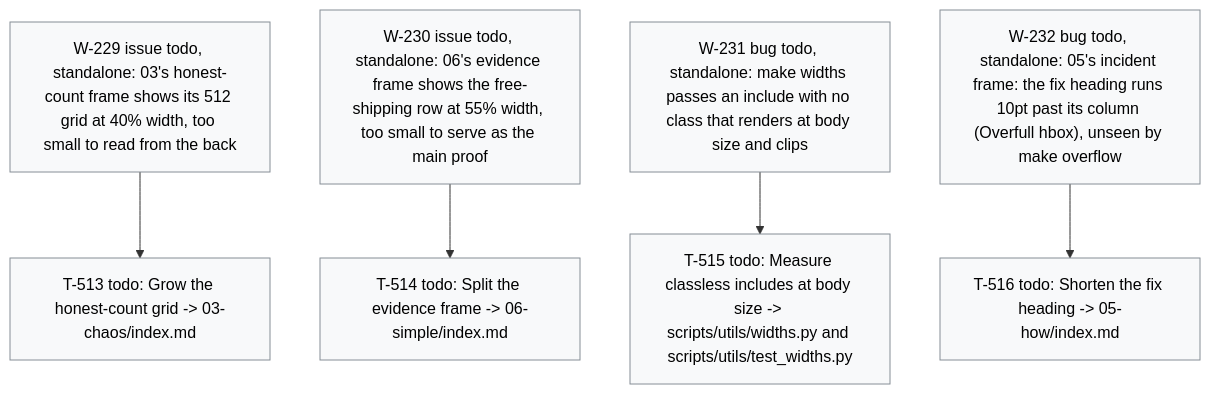
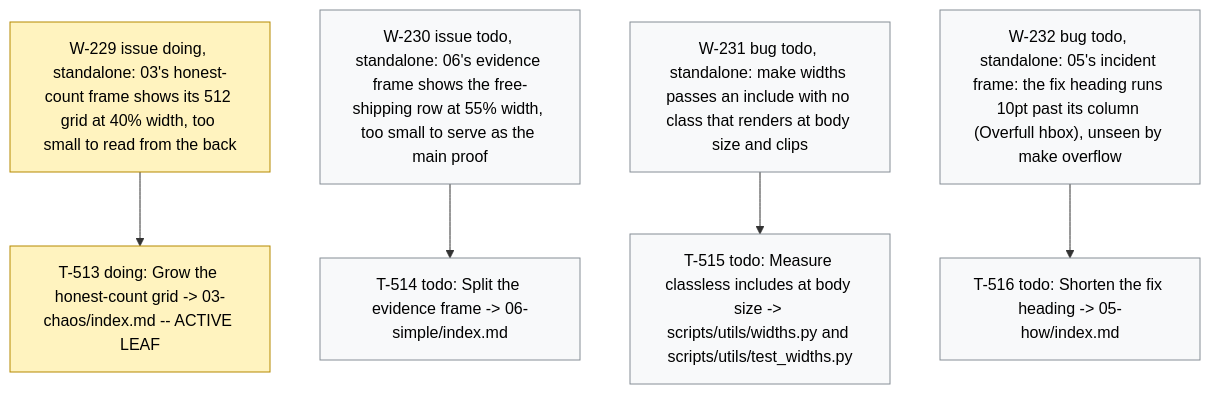
The diagram in .board/BOARD.md (dpopchev/chaos-to-simple), drawn with Mermaid before and after one commit. The commit also changed other lines of this file and 2 other files, not shown here.

Commit message:
chore(board): activate W-229, start T-513
Refs: W-229 T-513

````diff
--- a/.board/BOARD.md
+++ b/.board/BOARD.md
@@ -1363,17 +1363,18 @@
 ```mermaid
 flowchart TD
-  W229["W-229 issue todo, standalone: 03's honest-count frame shows its 512 grid at 40% width, too small to read from the back"]
-  W229 --> T513["T-513 todo: Grow the honest-count grid -> 03-chaos/index.md"]
+  W229["W-229 issue doing, standalone: 03's honest-count frame shows its 512 grid at 40% width, too small to read from the back"]
+  W229 --> T513["T-513 doing: Grow the honest-count grid -> 03-chaos/index.md -- ACTIVE LEAF"]
   W230["W-230 issue todo, standalone: 06's evidence frame shows the free-shipping row at 55% width, too small to serve as the main proof"]
   W230 --> T514["T-514 todo: Split the evidence frame -> 06-simple/index.md"]
   W231["W-231 bug todo, standalone: make widths passes an include with no class that renders at body size and clips"]
   W231 --> T515["T-515 todo: Measure classless includes at body size -> scripts/utils/widths.py and scripts/utils/test_widths.py"]
   W232["W-232 bug todo, standalone: 05's incident frame: the fix heading runs 10pt past its column (Overfull hbox), unseen by make overflow"]
   W232 --> T516["T-516 todo: Shorten the fix heading -> 05-how/index.md"]
   classDef doing fill:#fff3bf,stroke:#b58900,color:#000;
   classDef blocked fill:#ffe3e3,stroke:#c92a2a,color:#000;
   classDef done fill:#e6ffed,stroke:#2b8a3e,color:#000;
   classDef todo fill:#f8f9fa,stroke:#868e96,color:#000;
   classDef pruned fill:#f1f3f5,stroke:#adb5bd,color:#000;
-  class W229,T513,W230,T514,W231,T515,W232,T516 todo
+  class W229,T513 doing
+  class W230,T514,W231,T515,W232,T516 todo
 ```
````
